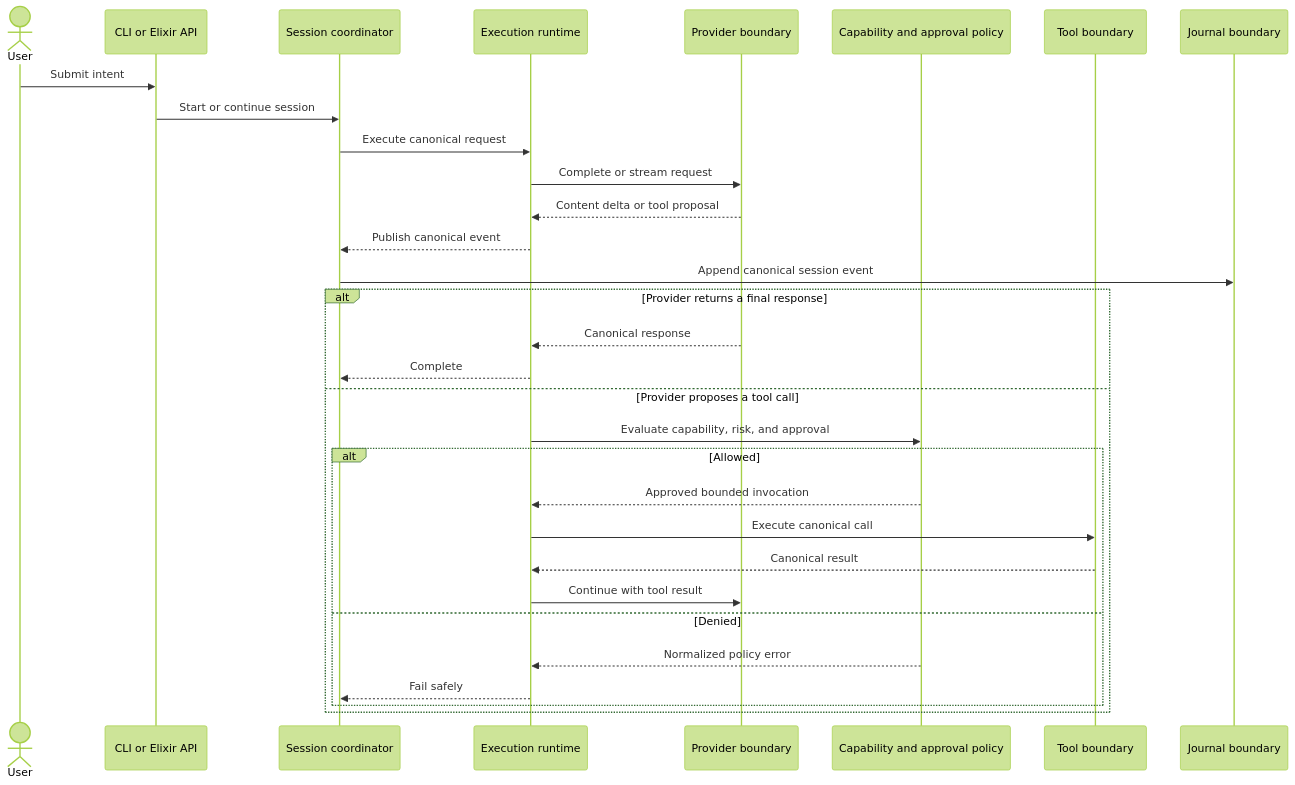
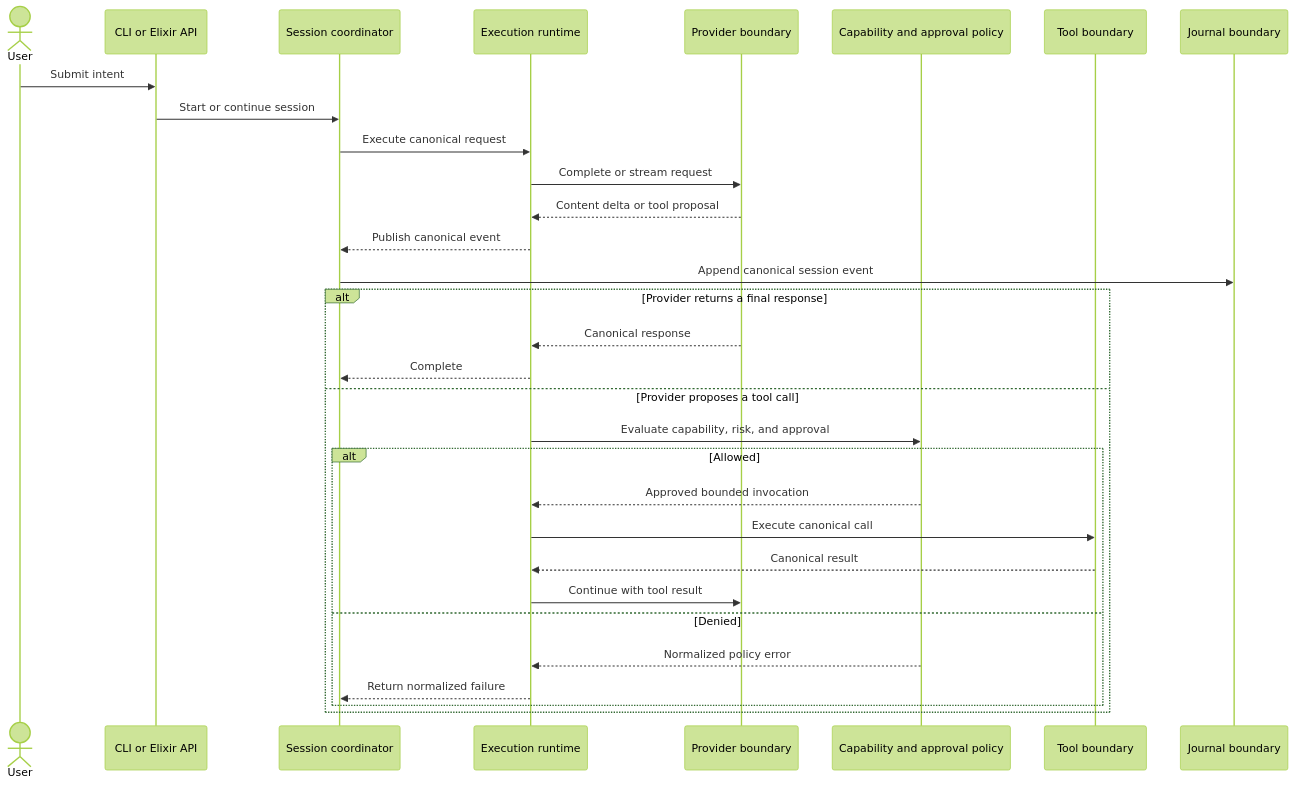
The second of 5 diagrams in docs/architecture.md (ccarvalho-eng/draught), drawn with Mermaid (forest theme) before and after one commit. The commit also changed other lines of this file and 1 other file, not shown here.

Commit message:
docs: use neutral project language (#28)

````diff
--- a/docs/architecture.md
+++ b/docs/architecture.md
@@ -85,35 +85,35 @@
 ```mermaid
 sequenceDiagram
   actor User
   participant Interface as CLI or Elixir API
   participant Session as Session coordinator
   participant Runtime as Execution runtime
   participant Provider as Provider boundary
   participant Policy as Capability and approval policy
   participant Tool as Tool boundary
   participant Journal as Journal boundary
 
   User->>Interface: Submit intent
   Interface->>Session: Start or continue session
   Session->>Runtime: Execute canonical request
   Runtime->>Provider: Complete or stream request
   Provider-->>Runtime: Content delta or tool proposal
   Runtime-->>Session: Publish canonical event
   Session->>Journal: Append canonical session event
 
   alt Provider returns a final response
     Provider-->>Runtime: Canonical response
     Runtime-->>Session: Complete
   else Provider proposes a tool call
     Runtime->>Policy: Evaluate capability, risk, and approval
     alt Allowed
       Policy-->>Runtime: Approved bounded invocation
       Runtime->>Tool: Execute canonical call
       Tool-->>Runtime: Canonical result
       Runtime->>Provider: Continue with tool result
     else Denied
       Policy-->>Runtime: Normalized policy error
-      Runtime-->>Session: Fail safely
+      Runtime-->>Session: Return normalized failure
     end
   end
 ```
````
